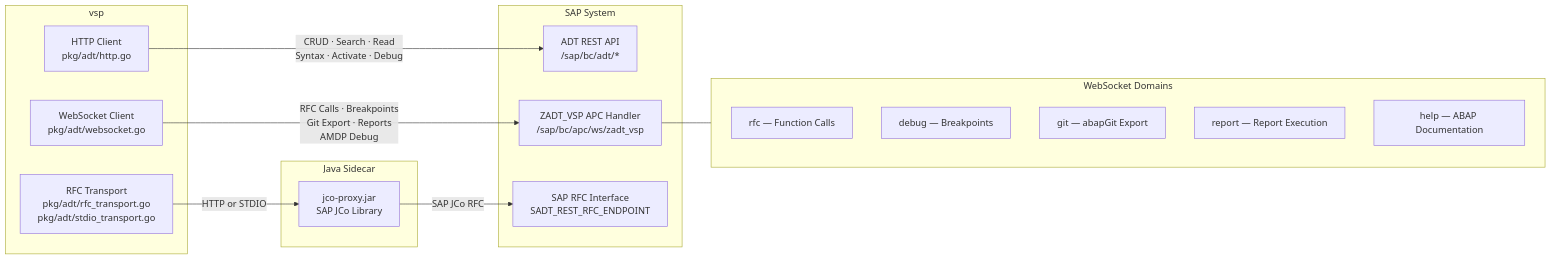
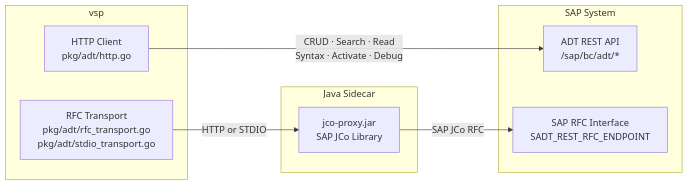
One commit to BurnerPat/vsp-enterprise changed the fifth of 7 diagrams in docs/architecture.md. Above: the diagram before and after it, drawn with Mermaid. The commit also changed other lines of this file and 29 other files, not shown here.

First line of the commit message:
Refactor ADT package: Remove unused report and websocket files, update help documentation retrieval

````diff
--- a/docs/architecture.md
+++ b/docs/architecture.md
@@ -278,34 +248,20 @@
 ```mermaid
 flowchart LR
     subgraph VSP["vsp"]
         HTTP[HTTP Client<br/>pkg/adt/http.go]
-        WS[WebSocket Client<br/>pkg/adt/websocket.go]
         RFC[RFC Transport<br/>pkg/adt/rfc_transport.go<br/>pkg/adt/stdio_transport.go]
     end
 
     subgraph Sidecar["Java Sidecar"]
         JCo[jco-proxy.jar<br/>SAP JCo Library]
     end
 
     subgraph SAP["SAP System"]
         ADT[ADT REST API<br/>/sap/bc/adt/*]
-        APC[ZADT_VSP APC Handler<br/>/sap/bc/apc/ws/zadt_vsp]
         RFCSAP[SAP RFC Interface<br/>SADT_REST_RFC_ENDPOINT]
     end
 
     HTTP -->|"CRUD · Search · Read<br/>Syntax · Activate · Debug"| ADT
-    WS -->|"RFC Calls · Breakpoints<br/>Git Export · Reports<br/>AMDP Debug"| APC
     RFC -->|"HTTP or STDIO"| JCo
     JCo -->|"SAP JCo RFC"| RFCSAP
-
-    subgraph WSServices["WebSocket Domains"]
-        direction TB
-        WSRFC[rfc — Function Calls]
-        BRK[debug — Breakpoints]
-        GIT[git — abapGit Export]
-        RPT[report — Report Execution]
-        HLP[help — ABAP Documentation]
-    end
-
-    APC --- WSServices
 ```
````
